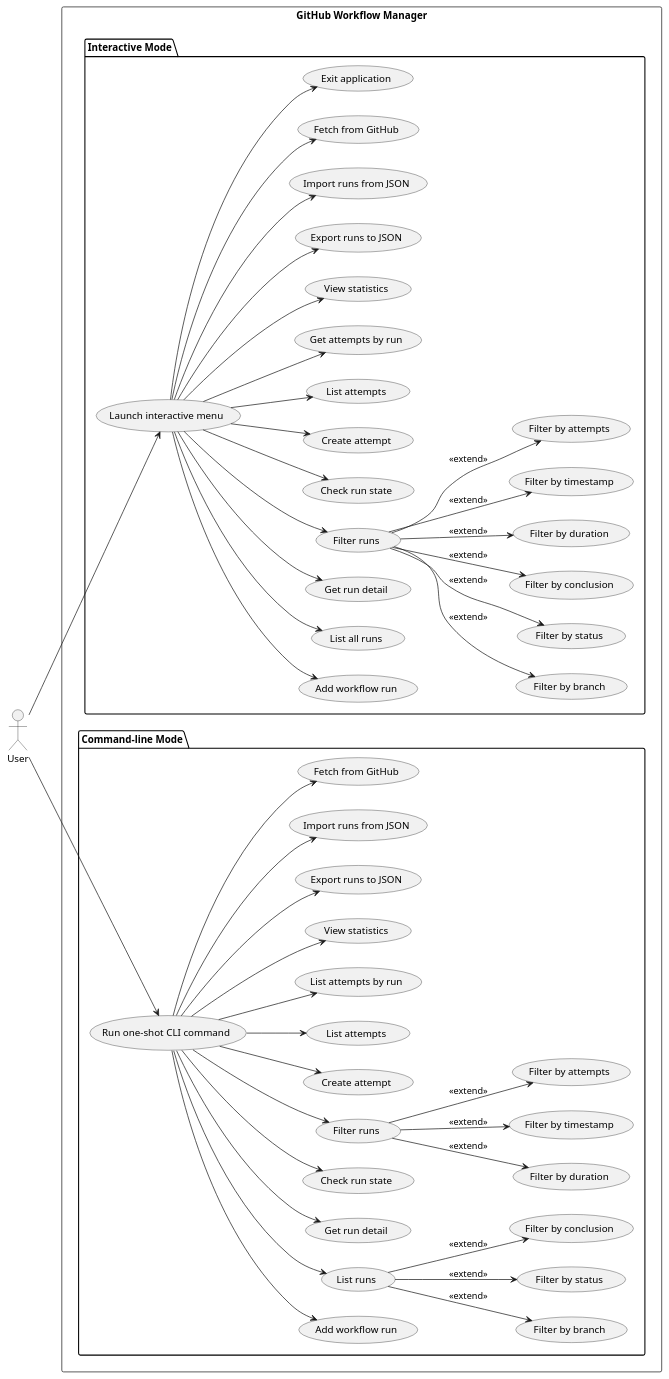
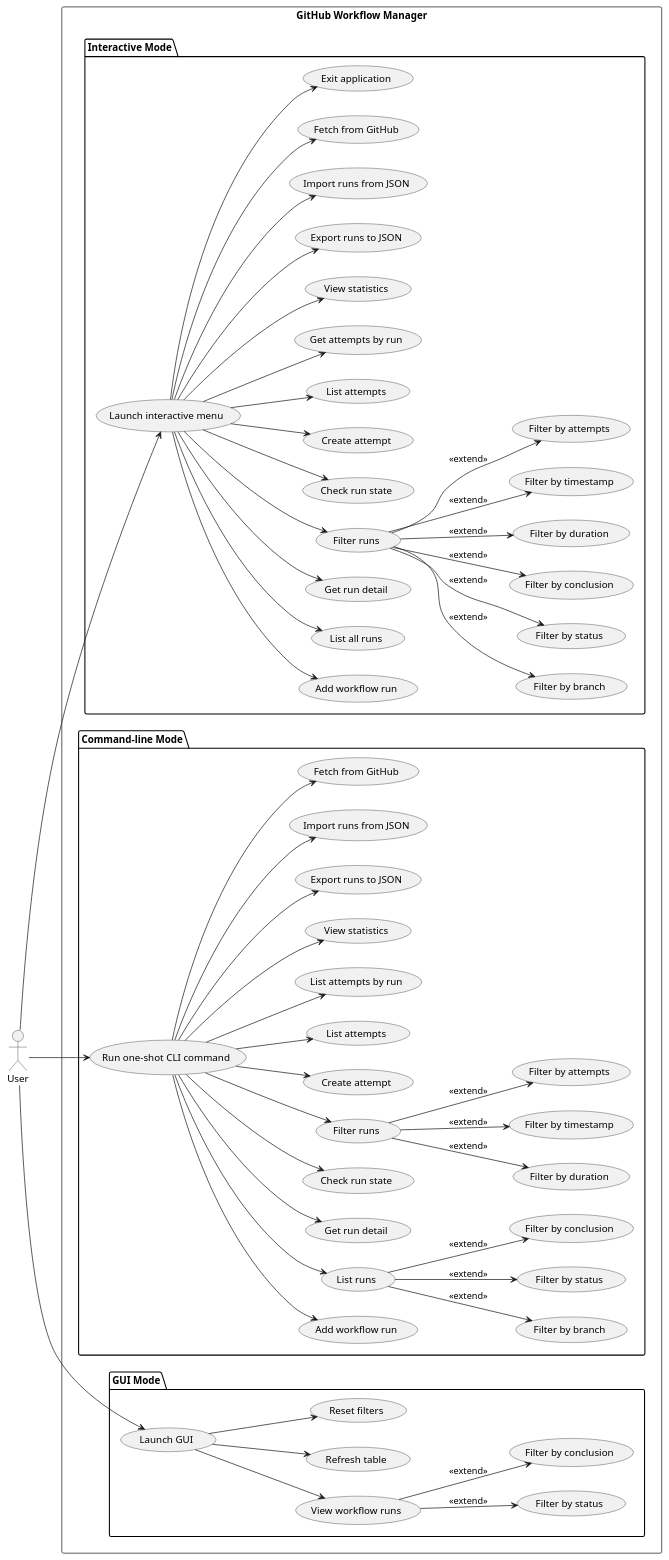
The diagram in experiments/broadcast/structured_text/github-workflow-manager/artifacts/use_case_diagram.puml (DanielRiha8906/Software_autoevolution_using_agents), drawn with PlantUML before and after one commit. The commit also changed 7 other files, not shown here.

```diff
--- a/experiments/broadcast/structured_text/github-workflow-manager/artifacts/use_case_diagram.puml
+++ b/experiments/broadcast/structured_text/github-workflow-manager/artifacts/use_case_diagram.puml
@@ -1,101 +1,118 @@
 @startuml use_case_diagram
 
 left to right direction
 
 actor User
 
 rectangle "GitHub Workflow Manager" {
 
   package "Interactive Mode" {
     usecase "Launch interactive menu"  as UI
     usecase "Add workflow run"         as I_ADD
     usecase "List all runs"            as I_LIST
     usecase "Get run detail"           as I_DETAIL
     usecase "Filter runs"              as I_FILTER
     usecase "Filter by branch"         as I_FBRANCH
     usecase "Filter by status"         as I_FSTATUS
     usecase "Filter by conclusion"     as I_FCONCL
     usecase "Filter by duration"       as I_FDURATION
     usecase "Filter by timestamp"      as I_FTIMESTAMP
     usecase "Filter by attempts"       as I_FATTEMPTS
     usecase "Check run state"          as I_CHECK
     usecase "Create attempt"           as I_CREATE_ATT
     usecase "List attempts"            as I_LIST_ATT
     usecase "Get attempts by run"      as I_GET_ATT
     usecase "View statistics"          as I_STATS
     usecase "Export runs to JSON"      as I_EXPORT
     usecase "Import runs from JSON"    as I_IMPORT
     usecase "Fetch from GitHub"        as I_FETCH_GH
     usecase "Exit application"         as I_EXIT
   }
 
   package "Command-line Mode" {
     usecase "Run one-shot CLI command" as CLI
     usecase "Add workflow run"         as C_ADD
     usecase "List runs"                as C_LIST
     usecase "Filter by branch"         as C_FBRANCH
     usecase "Filter by status"         as C_FSTATUS
     usecase "Filter by conclusion"     as C_FCONCL
     usecase "Get run detail"           as C_DETAIL
     usecase "Check run state"          as C_CHECK
     usecase "Filter runs"              as C_FILTER
     usecase "Filter by duration"       as C_FDURATION
     usecase "Filter by timestamp"      as C_FTIMESTAMP
     usecase "Filter by attempts"       as C_FATTEMPTS
     usecase "Create attempt"           as C_CREATE_ATT
     usecase "List attempts"            as C_LIST_ATT
     usecase "List attempts by run"     as C_GET_ATT
     usecase "View statistics"          as C_STATS
     usecase "Export runs to JSON"      as C_EXPORT
     usecase "Import runs from JSON"    as C_IMPORT
     usecase "Fetch from GitHub"        as C_FETCH_GH
   }
+
+  package "GUI Mode" {
+    usecase "Launch GUI"               as GUI
+    usecase "View workflow runs"       as G_VIEW
+    usecase "Filter by status"         as G_FSTATUS
+    usecase "Filter by conclusion"     as G_FCONCL
+    usecase "Refresh table"            as G_REFRESH
+    usecase "Reset filters"            as G_RESET
+  }
 }
 
 User --> UI
 User --> CLI
+User --> GUI
 
 UI --> I_ADD
 UI --> I_LIST
 UI --> I_DETAIL
 UI --> I_FILTER
 UI --> I_CHECK
 UI --> I_CREATE_ATT
 UI --> I_LIST_ATT
 UI --> I_GET_ATT
 UI --> I_STATS
 UI --> I_EXPORT
 UI --> I_IMPORT
 UI --> I_FETCH_GH
 UI --> I_EXIT
 
 I_FILTER --> I_FBRANCH     : <<extend>>
 I_FILTER --> I_FSTATUS     : <<extend>>
 I_FILTER --> I_FCONCL      : <<extend>>
 I_FILTER --> I_FDURATION   : <<extend>>
 I_FILTER --> I_FTIMESTAMP  : <<extend>>
 I_FILTER --> I_FATTEMPTS   : <<extend>>
 
 CLI --> C_ADD
 CLI --> C_LIST
 CLI --> C_DETAIL
 CLI --> C_CHECK
 CLI --> C_CREATE_ATT
 CLI --> C_LIST_ATT
 CLI --> C_GET_ATT
 CLI --> C_STATS
 CLI --> C_EXPORT
 CLI --> C_IMPORT
 CLI --> C_FETCH_GH
 
 C_LIST --> C_FBRANCH     : <<extend>>
 C_LIST --> C_FSTATUS     : <<extend>>
 C_LIST --> C_FCONCL      : <<extend>>
 
 C_FILTER --> C_FDURATION   : <<extend>>
 C_FILTER --> C_FTIMESTAMP  : <<extend>>
 C_FILTER --> C_FATTEMPTS   : <<extend>>
 
 CLI --> C_FILTER
 
+GUI --> G_VIEW
+GUI --> G_REFRESH
+GUI --> G_RESET
+
+G_VIEW --> G_FSTATUS   : <<extend>>
+G_VIEW --> G_FCONCL    : <<extend>>
+
 @enduml
```
